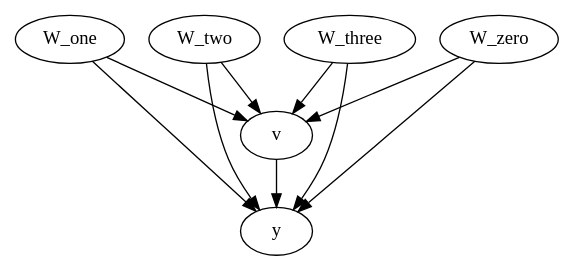
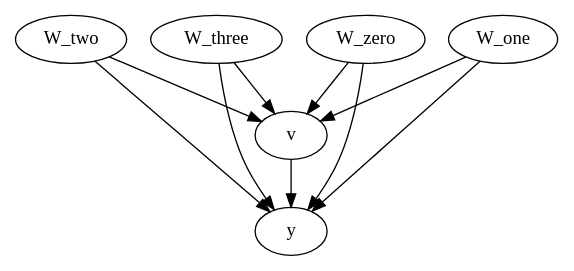
One commit to MLResearchAtOSRAM/cause2e changed the diagram in output/linear_test.dot. Above: the diagram before and after it, drawn with Graphviz. The commit also changed 23 other files, not shown here.

```diff
--- a/output/linear_test.dot
+++ b/output/linear_test.dot
@@ -1,31 +1,31 @@
 digraph G {
-	graph [bb="0,0,371.99,180"];
+	graph [bb="0,0,372.04,180"];
 	node [label="\N"];
+	W_two	 [height=0.5,
+		pos="38.347,162",
+		width=1.0652];
+	v	 [height=0.5,
+		pos="187.35,90",
+		width=0.75];
+	W_two -> v	 [pos="e,165.67,101.19 64.642,148.65 90.35,136.57 129.48,118.19 156.61,105.44"];
+	y	 [height=0.5,
+		pos="187.35,18",
+		width=0.75];
+	W_two -> y	 [pos="e,172.47,33.177 54.576,145.53 81.302,120.06 134.63,69.244 164.93,40.36"];
+	v -> y	 [pos="e,187.35,36.104 187.35,71.697 187.35,63.983 187.35,54.712 187.35,46.112"];
+	W_three	 [height=0.5,
+		pos="137.35,162",
+		width=1.1735];
+	W_three -> v	 [pos="e,176.27,106.51 149.2,144.41 155.54,135.53 163.46,124.44 170.44,114.67"];
+	W_three -> y	 [pos="e,174.34,34.193 137.84,143.68 138.86,125.31 141.98,95.711 151.35,72 155.46,61.603 161.89,51.202 168.18,42.401"];
+	W_zero	 [height=0.5,
+		pos="238.35,162",
+		width=1.1193];
+	W_zero -> v	 [pos="e,198.76,106.67 226.52,144.76 220.05,135.89 211.93,124.74 204.75,114.89"];
+	W_zero -> y	 [pos="e,200.3,34.214 237.61,143.68 236.34,125.3 232.86,95.702 223.35,72 219.18,61.626 212.74,51.229 206.45,42.426"];
 	W_one	 [height=0.5,
-		pos="37.697,162",
+		pos="334.35,162",
 		width=1.0471];
-	y	 [height=0.5,
-		pos="180.7,18",
-		width=0.75];
-	W_one -> y	 [pos="e,166,33.595 53.272,145.53 78.789,120.19 129.57,69.77 158.73,40.811"];
-	v	 [height=0.5,
-		pos="180.7,90",
-		width=0.75];
-	W_one -> v	 [pos="e,159.54,101.36 63.262,148.49 87.732,136.51 124.65,118.44 150.54,105.76"];
-	v -> y	 [pos="e,180.7,36.104 180.7,71.697 180.7,63.983 180.7,54.712 180.7,46.112"];
-	W_two	 [height=0.5,
-		pos="131.7,162",
-		width=1.0652];
-	W_two -> y	 [pos="e,167.64,34.173 131.94,143.69 132.72,125.32 135.47,95.723 144.7,72 148.75,61.581 155.17,51.174 161.47,42.376"];
-	W_two -> v	 [pos="e,169.73,106.67 143.06,144.76 149.27,135.89 157.08,124.74 163.97,114.89"];
-	W_three	 [height=0.5,
-		pos="230.7,162",
-		width=1.1735];
-	W_three -> y	 [pos="e,193.7,34.193 230.21,143.68 229.18,125.31 226.07,95.711 216.7,72 212.59,61.603 206.16,51.202 199.86,42.401"];
-	W_three -> v	 [pos="e,191.78,106.51 218.85,144.41 212.5,135.53 204.58,124.44 197.6,114.67"];
-	W_zero	 [height=0.5,
-		pos="331.7,162",
-		width=1.1193];
-	W_zero -> y	 [pos="e,195.77,33.177 315.25,145.53 288.17,120.06 234.12,69.244 203.41,40.36"];
-	W_zero -> v	 [pos="e,202.56,101.14 304.7,148.49 278.6,136.38 239.08,118.06 211.7,105.37"];
+	W_one -> v	 [pos="e,208.74,101.19 308.4,148.65 283.15,136.62 244.77,118.35 218.02,105.61"];
+	W_one -> y	 [pos="e,202.29,33.389 318.4,145.56 300.06,127.8 269.05,97.778 242.35,72 231.55,61.578 219.55,50.014 209.53,40.354"];
 }
```
